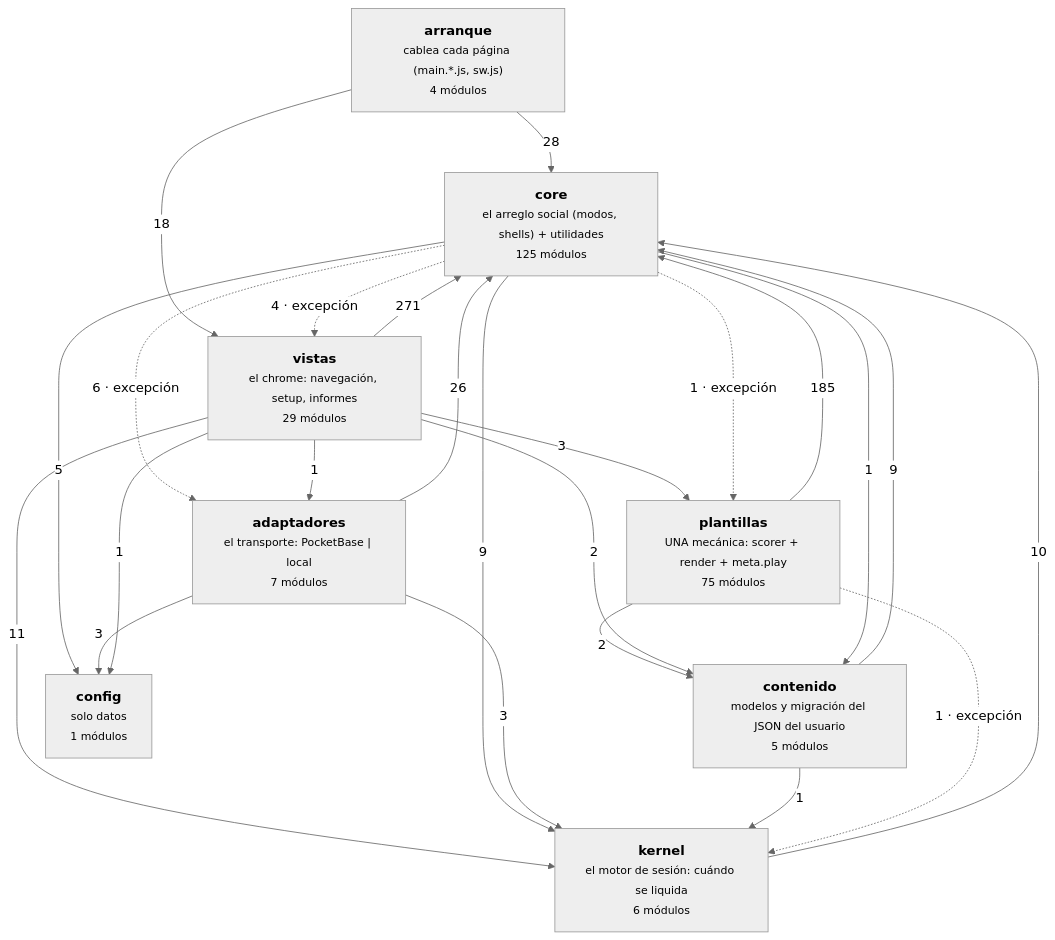
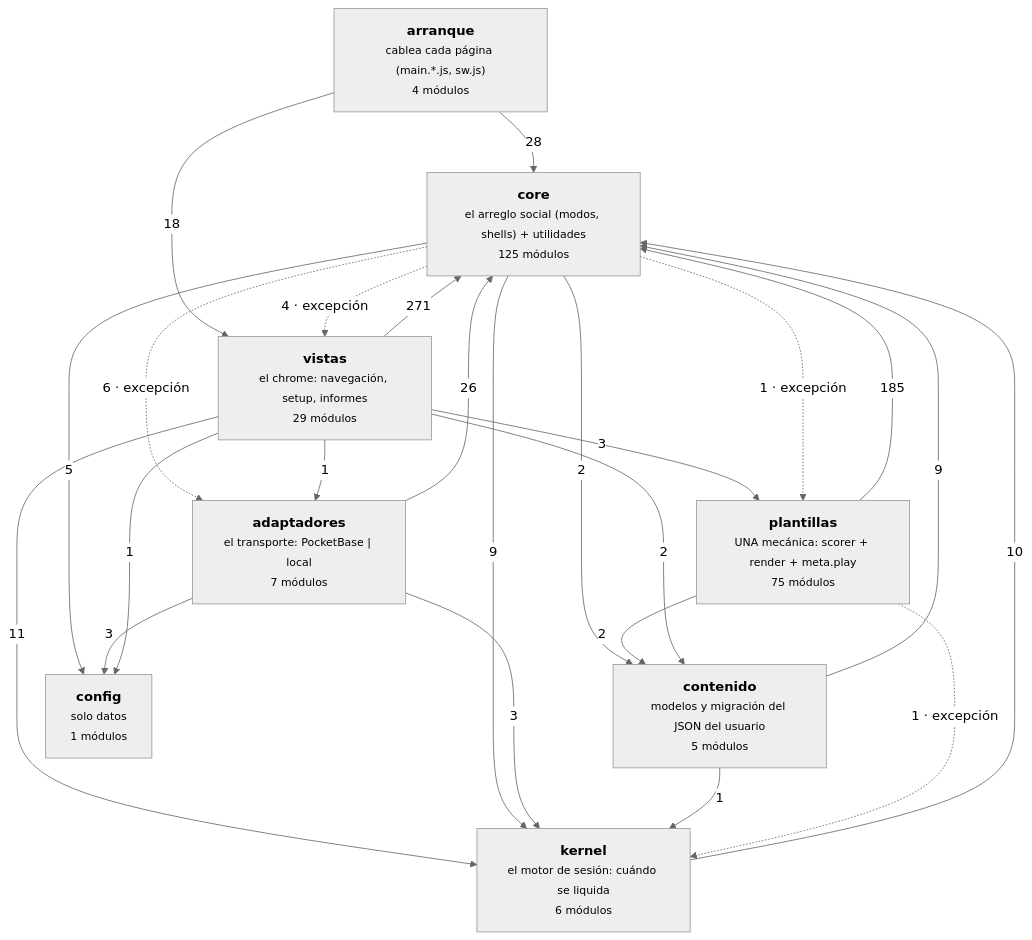
Before and after one commit to duecaz/ac: the diagram in docs/arquitectura-modulos.md, drawn with Mermaid (neutral theme). The commit also changed other lines of this file and 3 other files, not shown here.

````diff
--- a/docs/arquitectura-modulos.md
+++ b/docs/arquitectura-modulos.md
@@ -56,34 +56,34 @@
 ```mermaid
 graph TD
   A["<b>arranque</b><br/><small>cablea cada página (main.*.js, sw.js)</small><br/><small>4 módulos</small>"]
   V["<b>vistas</b><br/><small>el chrome: navegación, setup, informes</small><br/><small>29 módulos</small>"]
   AD["<b>adaptadores</b><br/><small>el transporte: PocketBase | local</small><br/><small>7 módulos</small>"]
   C["<b>core</b><br/><small>el arreglo social (modos, shells) + utilidades</small><br/><small>125 módulos</small>"]
   K["<b>kernel</b><br/><small>el motor de sesión: cuándo se liquida</small><br/><small>6 módulos</small>"]
   T["<b>plantillas</b><br/><small>UNA mecánica: scorer + render + meta.play</small><br/><small>75 módulos</small>"]
   CO["<b>contenido</b><br/><small>modelos y migración del JSON del usuario</small><br/><small>5 módulos</small>"]
   CF["<b>config</b><br/><small>solo datos</small><br/><small>1 módulos</small>"]
   V -->|271| C
   T -->|185| C
   A -->|28| C
   AD -->|26| C
   A -->|18| V
   V -->|11| K
   K -->|10| C
   C -->|9| K
   CO -->|9| C
   C -.->|6 · excepción| AD
   C -->|5| CF
   C -.->|4 · excepción| V
   AD -->|3| CF
   AD -->|3| K
   V -->|3| T
+  C -->|2| CO
   T -->|2| CO
   V -->|2| CO
   C -.->|1 · excepción| T
-  C -->|1| CO
   CO -->|1| K
   T -.->|1 · excepción| K
   V -->|1| AD
   V -->|1| CF
 ```
````
